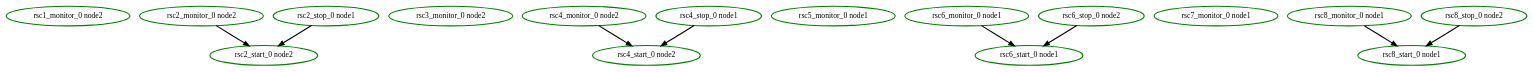
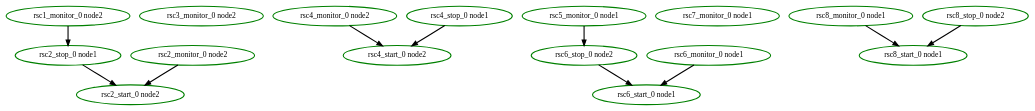
One commit to ClusterLabs/pacemaker changed the diagram in cts/scheduler/order6.dot. Above: the diagram before and after it, drawn with Graphviz. The commit also changed 13 other files, not shown here.

```diff
--- a/cts/scheduler/order6.dot
+++ b/cts/scheduler/order6.dot
@@ -1,26 +1,28 @@
  digraph "g" {
+"rsc1_monitor_0 node2" -> "rsc2_stop_0 node1" [ style = bold]
 "rsc1_monitor_0 node2" [ style=bold color="green" fontcolor="black" ]
 "rsc2_monitor_0 node2" -> "rsc2_start_0 node2" [ style = bold]
 "rsc2_monitor_0 node2" [ style=bold color="green" fontcolor="black" ]
 "rsc2_start_0 node2" [ style=bold color="green" fontcolor="black" ]
 "rsc2_stop_0 node1" -> "rsc2_start_0 node2" [ style = bold]
 "rsc2_stop_0 node1" [ style=bold color="green" fontcolor="black" ]
 "rsc3_monitor_0 node2" [ style=bold color="green" fontcolor="black" ]
 "rsc4_monitor_0 node2" -> "rsc4_start_0 node2" [ style = bold]
 "rsc4_monitor_0 node2" [ style=bold color="green" fontcolor="black" ]
 "rsc4_start_0 node2" [ style=bold color="green" fontcolor="black" ]
 "rsc4_stop_0 node1" -> "rsc4_start_0 node2" [ style = bold]
 "rsc4_stop_0 node1" [ style=bold color="green" fontcolor="black" ]
+"rsc5_monitor_0 node1" -> "rsc6_stop_0 node2" [ style = bold]
 "rsc5_monitor_0 node1" [ style=bold color="green" fontcolor="black" ]
 "rsc6_monitor_0 node1" -> "rsc6_start_0 node1" [ style = bold]
 "rsc6_monitor_0 node1" [ style=bold color="green" fontcolor="black" ]
 "rsc6_start_0 node1" [ style=bold color="green" fontcolor="black" ]
 "rsc6_stop_0 node2" -> "rsc6_start_0 node1" [ style = bold]
 "rsc6_stop_0 node2" [ style=bold color="green" fontcolor="black" ]
 "rsc7_monitor_0 node1" [ style=bold color="green" fontcolor="black" ]
 "rsc8_monitor_0 node1" -> "rsc8_start_0 node1" [ style = bold]
 "rsc8_monitor_0 node1" [ style=bold color="green" fontcolor="black" ]
 "rsc8_start_0 node1" [ style=bold color="green" fontcolor="black" ]
 "rsc8_stop_0 node2" -> "rsc8_start_0 node1" [ style = bold]
 "rsc8_stop_0 node2" [ style=bold color="green" fontcolor="black" ]
 }
```
